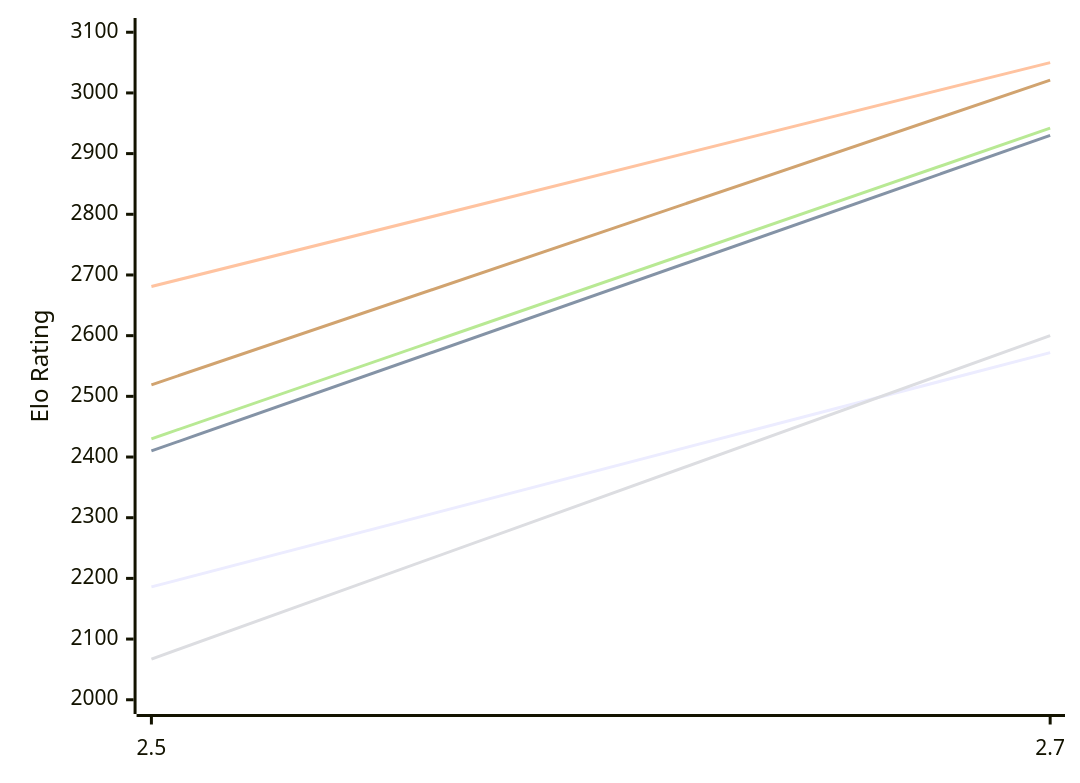
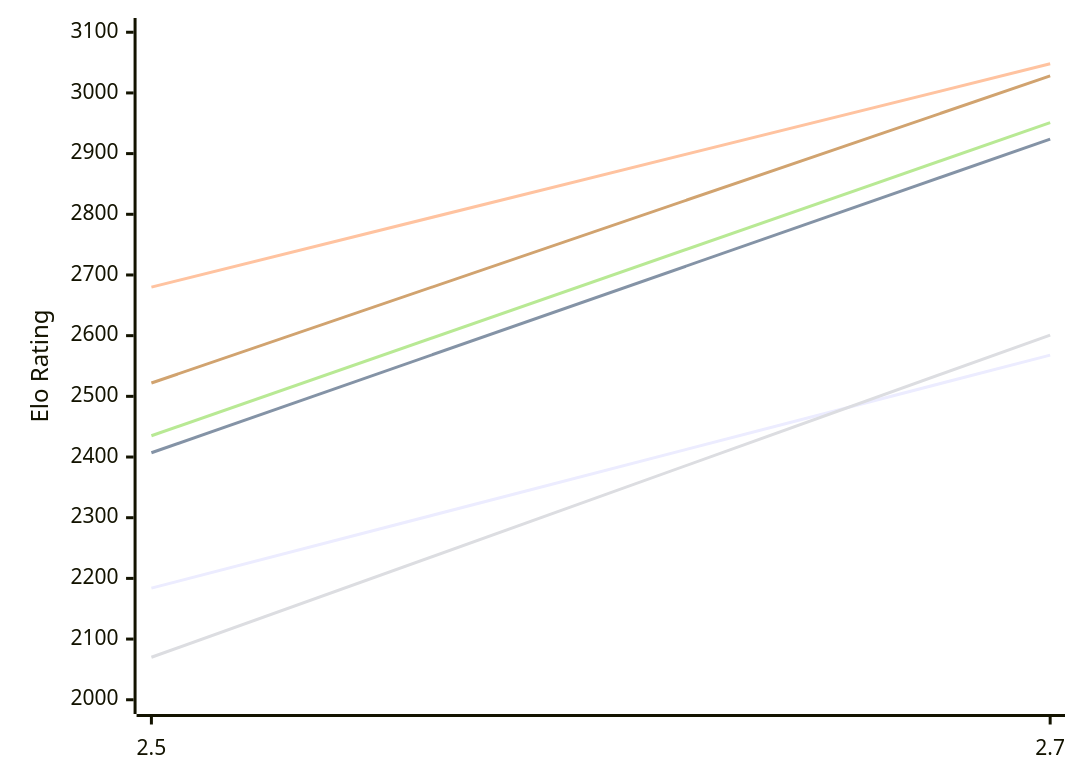
The first of 2 diagrams in engines/Zevra.md (computer-chess-index/cci), drawn with Mermaid before and after one commit. The commit also changed other lines of this file, not shown here.

Commit message:
Update CCI Ratings (ELO VLTC) - 2026-11-23

````diff
--- a/engines/Zevra.md
+++ b/engines/Zevra.md
@@ -50,12 +50,12 @@
 ```mermaid
 %%{init: {"theme":"base","themeVariables":{"seriesColors:['#a3a3a3','#222221','#faa371']}}}%%
 xychart-beta
   x-axis ["2.5", "2.7"]
   y-axis "Elo Rating" 2000 --> 3100
-  line "E1: STC (8.0+0.08s)" [2186, 2572]
-  line "E1: LTC (60.0+0.60s)" [2410, 2930]
-  line "E1: VLTC (2m24s+1.12s)" [2681, 3050]
-  line "P1: STC (8.0+0.08s)" [2067, 2600]
-  line "P1: LTC (60.0+0.60s)" [2430, 2942]
-  line "P1: VLTC (2m24s+1.12s)" [2519, 3021]
+  line "E1: STC (8.0+0.08s)" [2184, 2568]
+  line "E1: LTC (60.0+0.60s)" [2407, 2924]
+  line "E1: VLTC (2m24s+1.12s)" [2680, 3048]
+  line "P1: STC (8.0+0.08s)" [2070, 2601]
+  line "P1: LTC (60.0+0.60s)" [2435, 2951]
+  line "P1: VLTC (2m24s+1.12s)" [2522, 3028]
 ```
````
